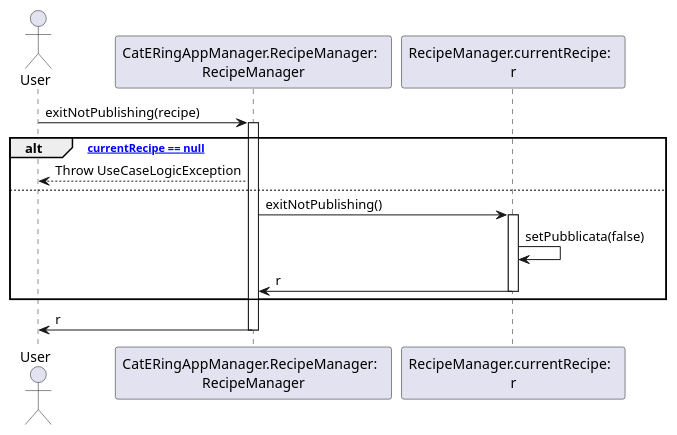
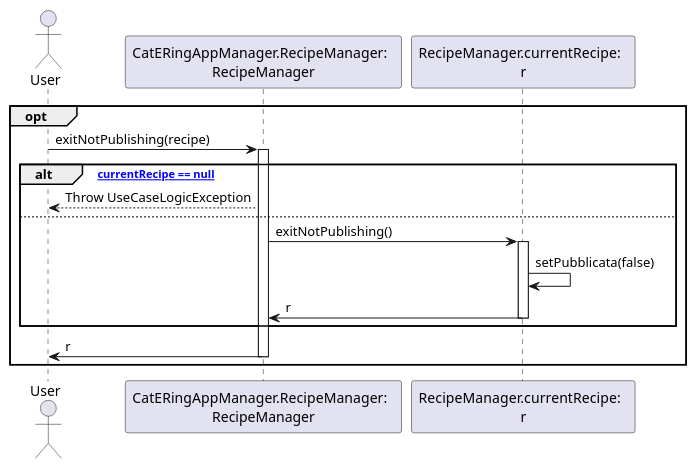
Before and after one commit to m0canu1/sas: the diagram in dsd/dsd-ricette/26b-exitNotPublishing.md, drawn with PlantUML. The commit also changed 6 other files, not shown here.

````diff
--- a/dsd/dsd-ricette/26b-exitNotPublishing.md
+++ b/dsd/dsd-ricette/26b-exitNotPublishing.md
@@ -1,19 +1,22 @@
 ```plantuml
-	Actor User
-	Participant "CatERingAppManager.RecipeManager:  \nRecipeManager"
-	Participant "RecipeManager.currentRecipe:  \nr"
+Actor User
+Participant "CatERingAppManager.RecipeManager:  \nRecipeManager" as RM
+Participant "RecipeManager.currentRecipe:  \nr" as CR
 
-	User -> "CatERingAppManager.RecipeManager:  \nRecipeManager": exitNotPublishing(recipe)
-	Activate "CatERingAppManager.RecipeManager:  \nRecipeManager"
+opt
+	User -> RM: exitNotPublishing(recipe)
+	Activate RM
 	alt ["currentRecipe == null"]
-		"CatERingAppManager.RecipeManager:  \nRecipeManager" --> User: Throw UseCaseLogicException
+		RM --> User: Throw UseCaseLogicException
 	else 
-		"CatERingAppManager.RecipeManager:  \nRecipeManager" -> "RecipeManager.currentRecipe:  \nr": exitNotPublishing()
-		Activate "RecipeManager.currentRecipe:  \nr"
-		"RecipeManager.currentRecipe:  \nr" -> "RecipeManager.currentRecipe:  \nr": setPubblicata(false)
-		"RecipeManager.currentRecipe:  \nr" -> "CatERingAppManager.RecipeManager:  \nRecipeManager": r
-		Deactivate "RecipeManager.currentRecipe:  \nr"
+		RM -> CR: exitNotPublishing()
+		Activate CR
+		CR -> CR: setPubblicata(false)
+		CR -> RM: r
+		Deactivate CR
 	end
-	"CatERingAppManager.RecipeManager:  \nRecipeManager" -> User: r
-	Deactivate "CatERingAppManager.RecipeManager:  \nRecipeManager"
+	RM -> User: r
+	Deactivate RM
+end
+
 ```
````
